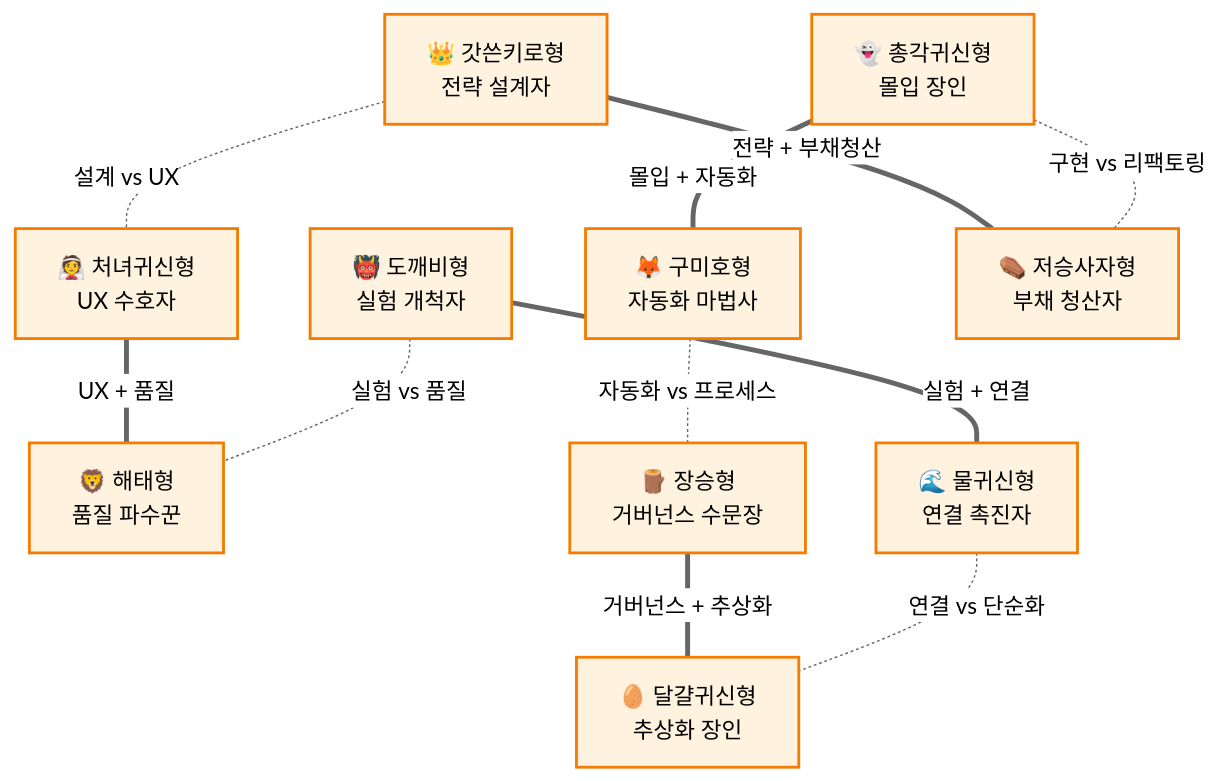
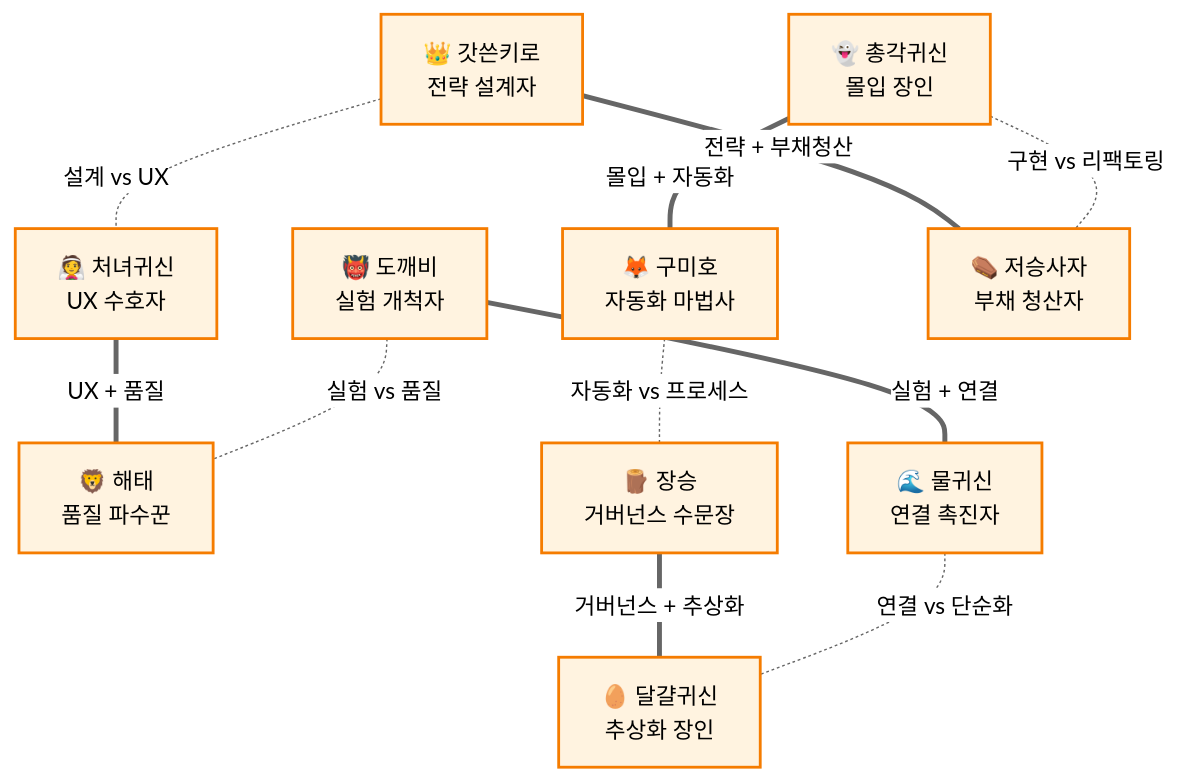
Before and after one commit to yansonz/kiro-friends: the third of 3 diagrams in docs/character-network.md, drawn with Mermaid (neutral theme). The commit also changed other lines of this file and 1 other file, not shown here.

````diff
--- a/docs/character-network.md
+++ b/docs/character-network.md
@@ -61,32 +61,32 @@
 ```mermaid
 graph TB
     %% 캐릭터 노드
-    gatssn["👑 갓쓴키로형<br/>전략 설계자"]
-    chonggak["👻 총각귀신형<br/>몰입 장인"]
-    cheonyeo["👰 처녀귀신형<br/>UX 수호자"]
-    dokkaebi["👹 도깨비형<br/>실험 개척자"]
-    gumiho["🦊 구미호형<br/>자동화 마법사"]
-    haetae["🦁 해태형<br/>품질 파수꾼"]
-    jangseung["🪵 장승형<br/>거버넌스 수문장"]
-    jeoseung["⚰️ 저승사자형<br/>부채 청산자"]
-    mulgwisin["🌊 물귀신형<br/>연결 촉진자"]
-    dalgyal["🥚 달걀귀신형<br/>추상화 장인"]
+    gatssn["👑 갓쓴키로<br/>전략 설계자"]
+    chonggak["👻 총각귀신<br/>몰입 장인"]
+    cheonyeo["👰 처녀귀신<br/>UX 수호자"]
+    dokkaebi["👹 도깨비<br/>실험 개척자"]
+    gumiho["🦊 구미호<br/>자동화 마법사"]
+    haetae["🦁 해태<br/>품질 파수꾼"]
+    jangseung["🪵 장승<br/>거버넌스 수문장"]
+    jeoseung["⚰️ 저승사자<br/>부채 청산자"]
+    mulgwisin["🌊 물귀신<br/>연결 촉진자"]
+    dalgyal["🥚 달걀귀신<br/>추상화 장인"]
     
     %% 시너지 관계 (파란색 실선)
     gatssn ===|"전략 + 부채청산"| jeoseung
     chonggak ===|"몰입 + 자동화"| gumiho
     cheonyeo ===|"UX + 품질"| haetae
     dokkaebi ===|"실험 + 연결"| mulgwisin
     jangseung ===|"거버넌스 + 추상화"| dalgyal
     
     %% 긴장 관계 (빨간색 점선)
     gatssn -.-|"설계 vs UX"| cheonyeo
     chonggak -.-|"구현 vs 리팩토링"| jeoseung
     dokkaebi -.-|"실험 vs 품질"| haetae
     gumiho -.-|"자동화 vs 프로세스"| jangseung
     mulgwisin -.-|"연결 vs 단순화"| dalgyal
     
     %% 스타일
     classDef defaultNode fill:#fff3e0,stroke:#f57c00,stroke-width:2px
     class gatssn,chonggak,cheonyeo,dokkaebi,gumiho,haetae,jangseung,jeoseung,mulgwisin,dalgyal defaultNode
 ```
````
